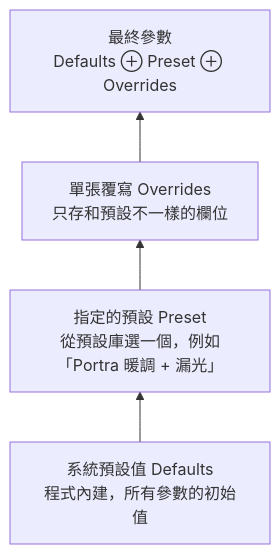
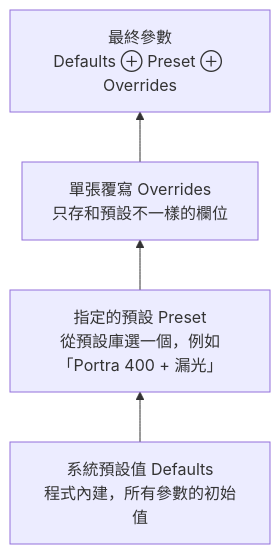
Before and after one commit to minexo79/FilmBatch: the ninth of 23 diagrams in plan.md, drawn with Mermaid. The commit also changed other lines of this file and 34 other files, not shown here.

````diff
--- a/plan.md
+++ b/plan.md
@@ -452,8 +483,8 @@
 ```mermaid
 flowchart BT
     D["系統預設值 Defaults<br/>程式內建，所有參數的初始值"]
-    P["指定的預設 Preset<br/>從預設庫選一個，例如「Portra 暖調 + 漏光」"]
+    P["指定的預設 Preset<br/>從預設庫選一個，例如「Portra 400 + 漏光」"]
     O["單張覆寫 Overrides<br/>只存和預設不一樣的欄位"]
     F["最終參數<br/>Defaults ⊕ Preset ⊕ Overrides"]
     D --> P --> O --> F
 ```
````
